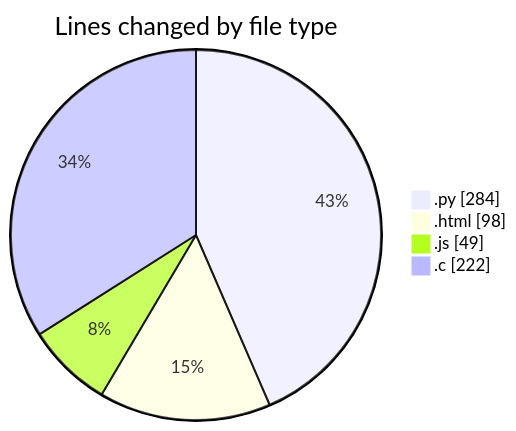
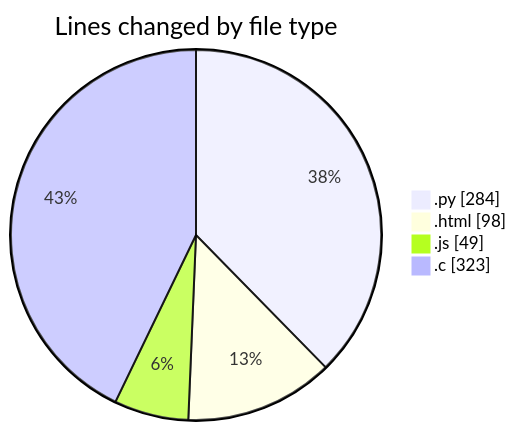
Before and after one commit to Ritupan-Deka/code-tracking: the first of 2 diagrams in 2025-01-21/projects/README.md, drawn with Mermaid. The commit also changed other lines of this file and 1 other file, not shown here.

````diff
--- a/2025-01-21/projects/README.md
+++ b/2025-01-21/projects/README.md
@@ -31,8 +31,8 @@
 ```mermaid
 pie showData
 title Lines changed by file type
 ".py" : 284
 ".html" : 98
 ".js" : 49
-".c" : 222
+".c" : 323
 ```
````
